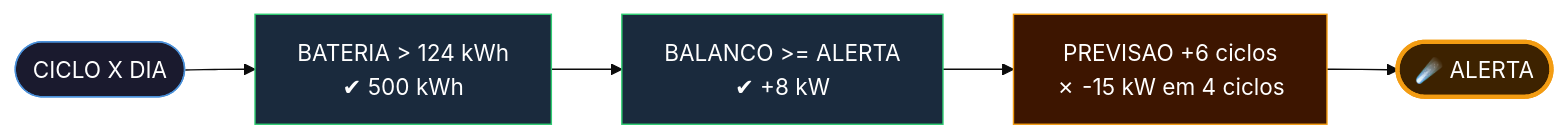
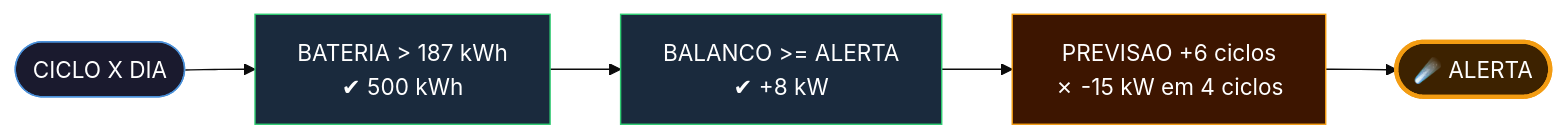
The fourth of 6 diagrams in README.md (juliaramosguedes/fiap-fase-3-aurora-siger), drawn with Mermaid (base theme) before and after one commit. The commit also changed other lines of this file and 9 other files, not shown here.

````diff
--- a/README.md
+++ b/README.md
@@ -119,13 +121,13 @@
 ```mermaid
 flowchart LR
-    A([CICLO X DIA]) --> B["BATERIA > 124 kWh\n✔ 500 kWh"]
+    A([CICLO X DIA]) --> B["BATERIA > 187 kWh\n✔ 500 kWh"]
     B --> C["BALANCO >= ALERTA\n✔ +8 kW"]
     C --> D["PREVISAO +6 ciclos\n✗ -15 kW em 4 ciclos"]
     D --> E([☄️ ALERTA])
 
     style A fill:#1a1a2e,color:#fff,stroke:#4a90d9
     style B fill:#1a2a3d,color:#fff,stroke:#2ecc71
     style C fill:#1a2a3d,color:#fff,stroke:#2ecc71
     style D fill:#3d1500,color:#fff,stroke:#f39c12
     style E fill:#3d2200,color:#fff,stroke:#f39c12,stroke-width:3px
 ```
````
